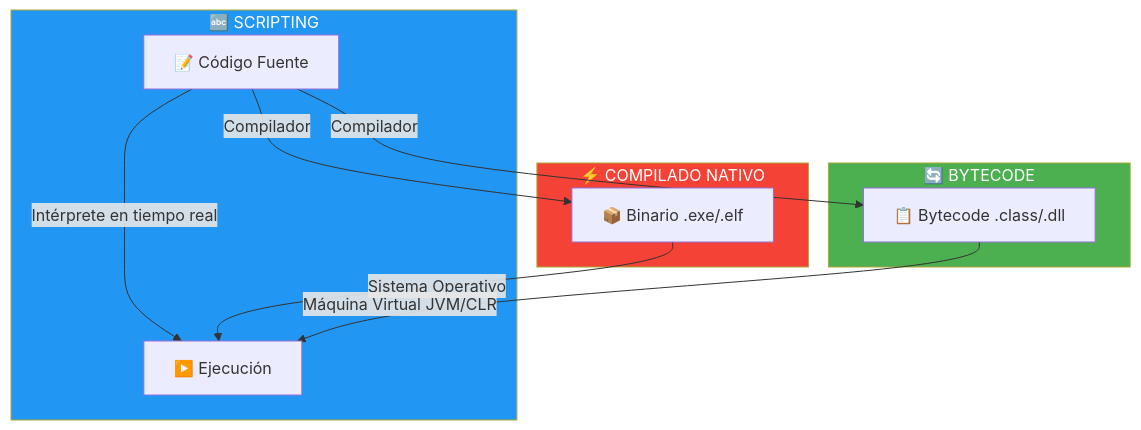
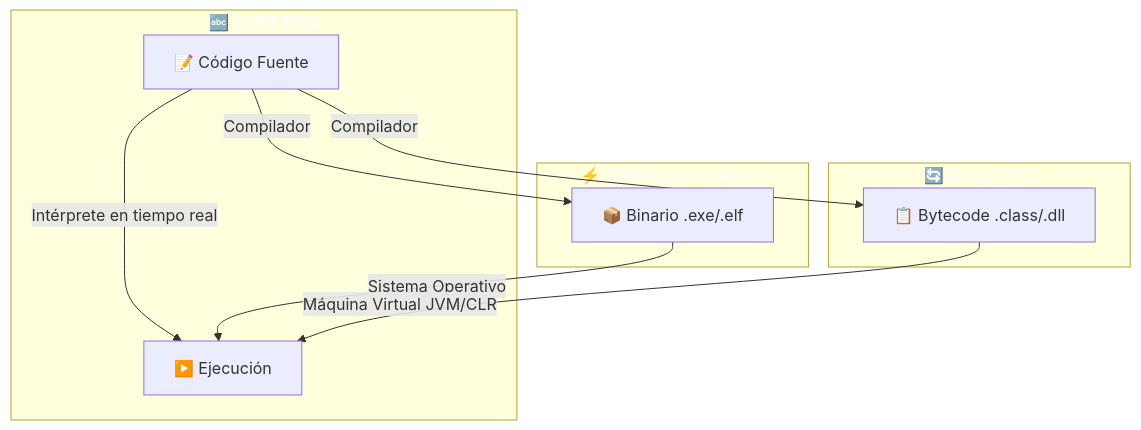
One commit to joseluisgs/DesarrolloWebEntornosServidor-01-2026-2027 changed the first of 2 diagrams in 07-lenguajes-frameworks.md. Above: the diagram before and after it, drawn with Mermaid. The commit also changed other lines of this file and 66 other files, not shown here.

First line of the commit message:
fix: normalizar titulos al castellano de frase y corregir la paleta de mermaid

````diff
--- a/07-lenguajes-frameworks.md
+++ b/07-lenguajes-frameworks.md
@@ -34,22 +34,22 @@
 ```mermaid
 graph TD
     A["📝 Código Fuente"]
 
     subgraph SCRIPTING["🔤 SCRIPTING"]
         A -->|"Intérprete en tiempo real"| B["▶️ Ejecución"]
     end
 
     subgraph COMPILADO["⚡ COMPILADO NATIVO"]
         A -->|"Compilador"| C["📦 Binario .exe/.elf"]
         C -->|"Sistema Operativo"| B
     end
 
     subgraph BYTECODE["🔄 BYTECODE"]
         A -->|"Compilador"| D["📋 Bytecode .class/.dll"]
         D -->|"Máquina Virtual JVM/CLR"| B
     end
 
-    style SCRIPTING fill:#2196F3,color:#fff
-    style COMPILADO fill:#f44336,color:#fff
-    style BYTECODE fill:#4CAF50,color:#fff
+    style SCRIPTING fill:#2196F,color:#fff3,color:#fff
+    style COMPILADO fill:#f4433,color:#fff6,color:#fff
+    style BYTECODE fill:#4CAF5,color:#fff0,color:#fff
 ```
````
